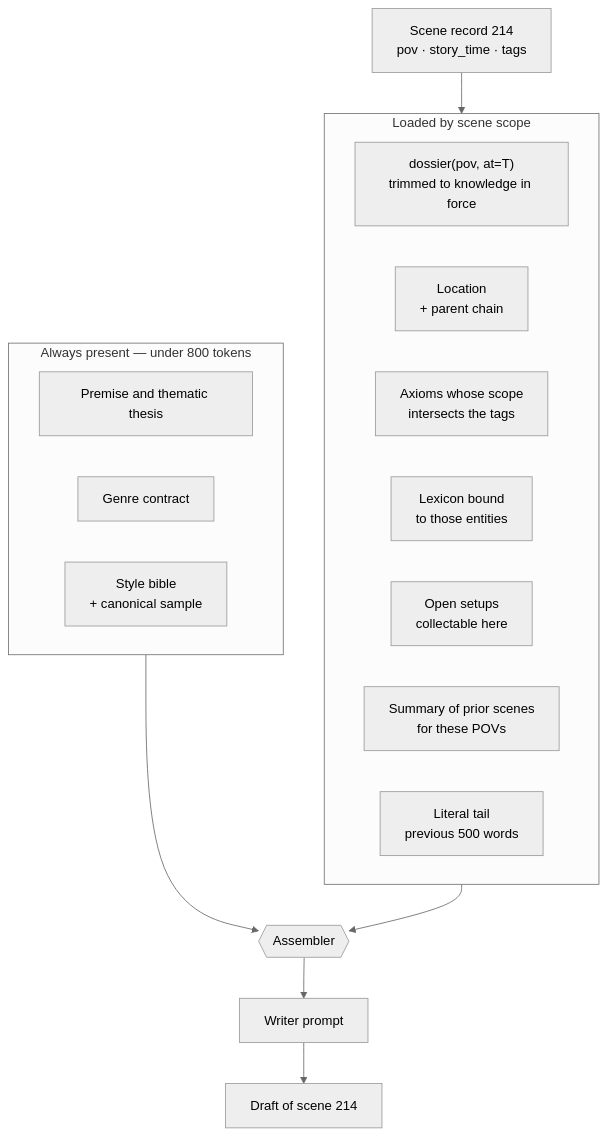
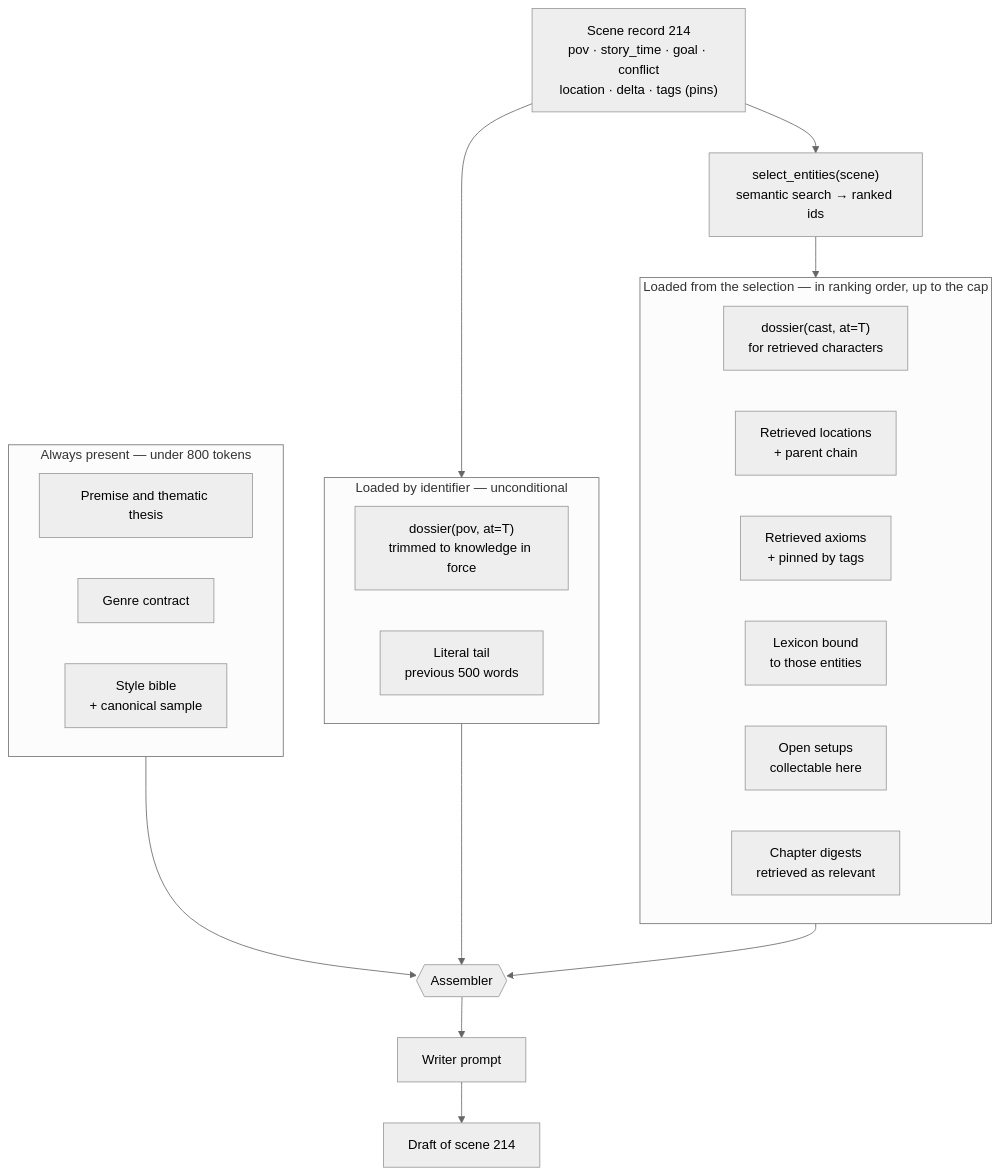
The third of 5 diagrams in docs/architecture.md (ignacio-hurtado-qaracter/My-Story-Marker), drawn with Mermaid (neutral theme) before and after one commit. The commit also changed other lines of this file and 6 other files, not shown here.

````diff
--- a/docs/architecture.md
+++ b/docs/architecture.md
@@ -168,28 +281,36 @@
 ```mermaid
 flowchart TB
-  S["Scene record 214<br/>pov · story_time · tags"]
+  S["Scene record 214<br/>pov · story_time · goal · conflict<br/>location · delta · tags (pins)"]
+  SEL["select_entities(scene)<br/>semantic search → ranked ids"]
 
   subgraph FIXED["Always present — under 800 tokens"]
     direction LR
     A["Premise and thematic thesis"]
     B["Genre contract"]
     G["Style bible<br/>+ canonical sample"]
   end
 
-  subgraph FILTERED["Loaded by scene scope"]
+  subgraph BYID["Loaded by identifier — unconditional"]
     direction LR
     D["dossier(pov, at=T)<br/>trimmed to knowledge in force"]
-    E["Location<br/>+ parent chain"]
-    F["Axioms whose scope<br/>intersects the tags"]
-    L["Lexicon bound<br/>to those entities"]
-    H["Open setups<br/>collectable here"]
-    I["Summary of prior scenes<br/>for these POVs"]
     J["Literal tail<br/>previous 500 words"]
   end
 
-  S --> FILTERED
+  subgraph SELECTED["Loaded from the selection — in ranking order, up to the cap"]
+    direction LR
+    D2["dossier(cast, at=T)<br/>for retrieved characters"]
+    E["Retrieved locations<br/>+ parent chain"]
+    F["Retrieved axioms<br/>+ pinned by tags"]
+    L["Lexicon bound<br/>to those entities"]
+    H["Open setups<br/>collectable here"]
+    I["Chapter digests<br/>retrieved as relevant"]
+  end
+
+  S --> SEL --> SELECTED
+  S --> BYID
   FIXED --> Q{{"Assembler"}}
-  FILTERED --> Q
+  BYID --> Q
+  SELECTED --> Q
   Q --> R["Writer prompt"]
   R --> W["Draft of scene 214"]
 ```
````
